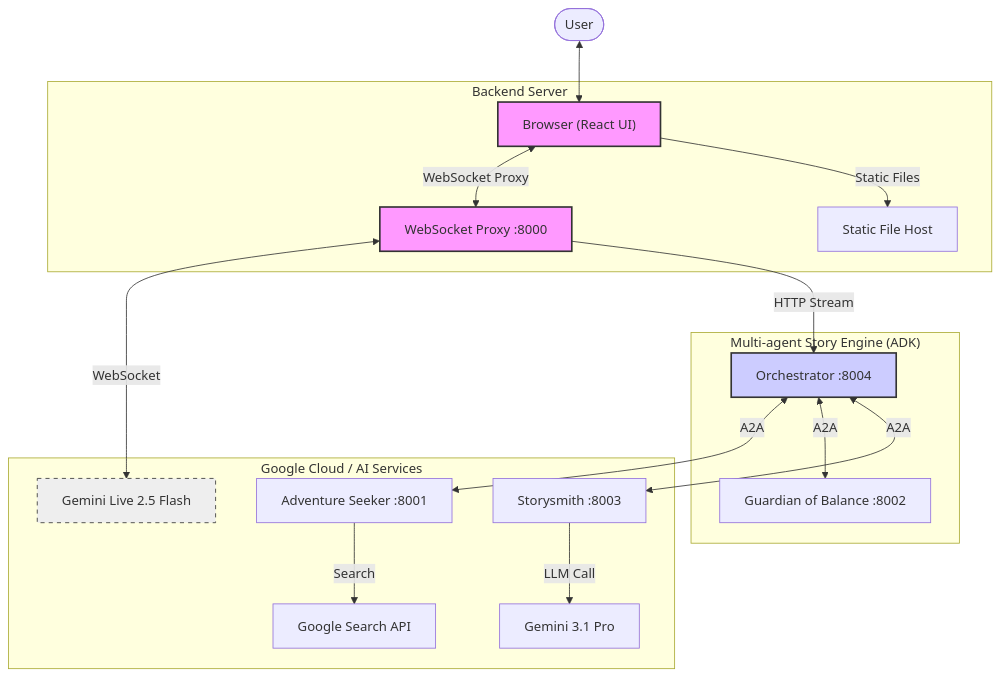
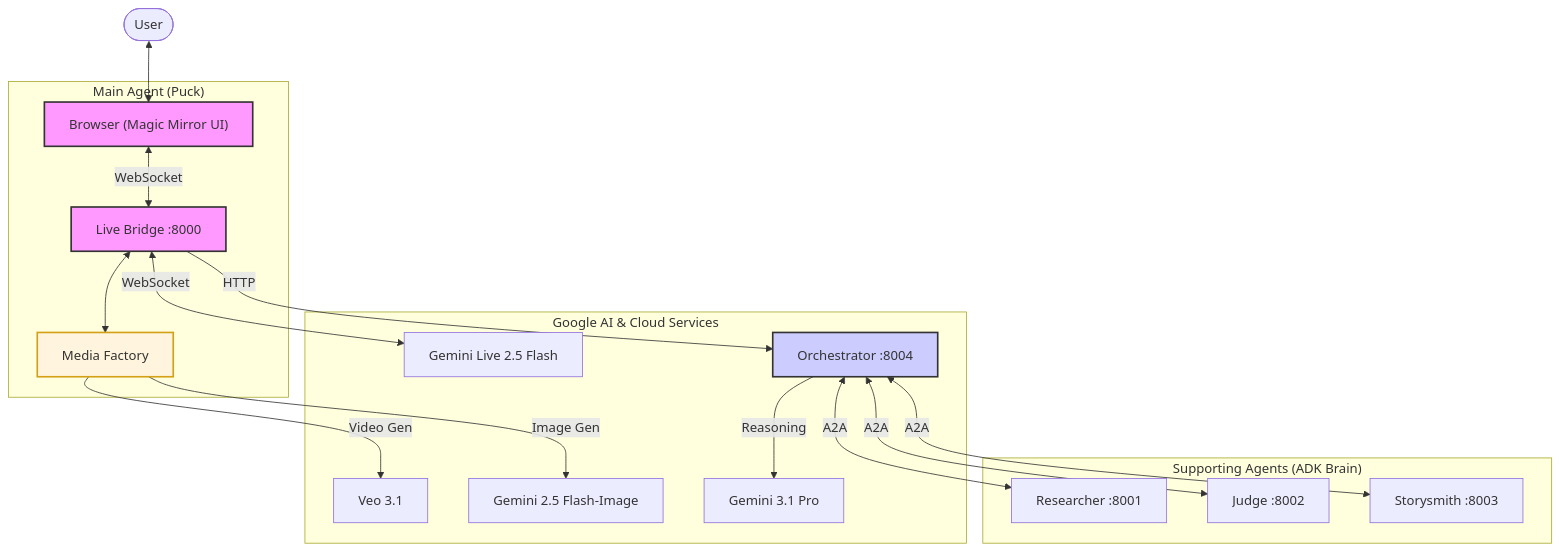
One commit to vero-code/gemini-tales-v2 changed the first of 4 diagrams in ARCHITECTURE.md. Above: the diagram before and after it, drawn with Mermaid. The commit also changed other lines of this file, not shown here.

Commit message:
docs: update architecture

````diff
--- a/ARCHITECTURE.md
+++ b/ARCHITECTURE.md
@@ -33,27 +32,28 @@
 ```mermaid
 graph TD
-    User([User]) <--> Browser["Browser (React UI)"]
+    User([User]) <--> Browser["Browser (Magic Mirror UI)"]
     
-    subgraph "Backend Server"
-        Browser <-->|WebSocket Proxy| Proxy[WebSocket Proxy :8000]
-        Browser -->|Static Files| Static[Static File Host]
+    subgraph "Main Agent (Puck)"
+        Browser <-->|WebSocket| LiveBridge[Live Bridge :8000]
+        LiveBridge <--> MediaFactory[Media Factory]
     end
     
-    subgraph "Google Cloud / AI Services"
-        Proxy <-->|WebSocket| LiveAPI[Gemini Live 2.5 Flash]
-        Storysmith -->|LLM Call| FlashPro[Gemini 3.1 Pro]
-        Researcher -->|Search| GoogleSearch[Google Search API]
+    subgraph "Google AI & Cloud Services"
+        LiveBridge <-->|WebSocket| GeminiLive[Gemini Live 2.5 Flash]
+        MediaFactory -->|Video Gen| Veo[Veo 3.1]
+        MediaFactory -->|Image Gen| FlashImage[Gemini 2.5 Flash-Image]
+        Orchestrator -->|Reasoning| GeminiPro[Gemini 3.1 Pro]
     end
     
-    subgraph "Multi-agent Story Engine (ADK)"
-        Proxy -->|HTTP Stream| Orchestrator[Orchestrator :8004]
-        Orchestrator <-->|A2A| Researcher[Adventure Seeker :8001]
-        Orchestrator <-->|A2A| Judge[Guardian of Balance :8002]
+    subgraph "Supporting Agents (ADK Brain)"
+        LiveBridge -->|HTTP| Orchestrator[Orchestrator :8004]
+        Orchestrator <-->|A2A| Researcher[Researcher :8001]
+        Orchestrator <-->|A2A| Judge[Judge :8002]
         Orchestrator <-->|A2A| Storysmith[Storysmith :8003]
     end
     
     style Browser fill:#f9f,stroke:#333,stroke-width:2px
-    style Proxy fill:#f9f,stroke:#333,stroke-width:2px
+    style LiveBridge fill:#f9f,stroke:#333,stroke-width:2px
     style Orchestrator fill:#ccf,stroke:#333,stroke-width:2px
-    style LiveAPI fill:#eee,stroke:#333,stroke-dasharray: 5 5
+    style MediaFactory fill:#fff4dd,stroke:#d4a017,stroke-width:2px
 ```
````
